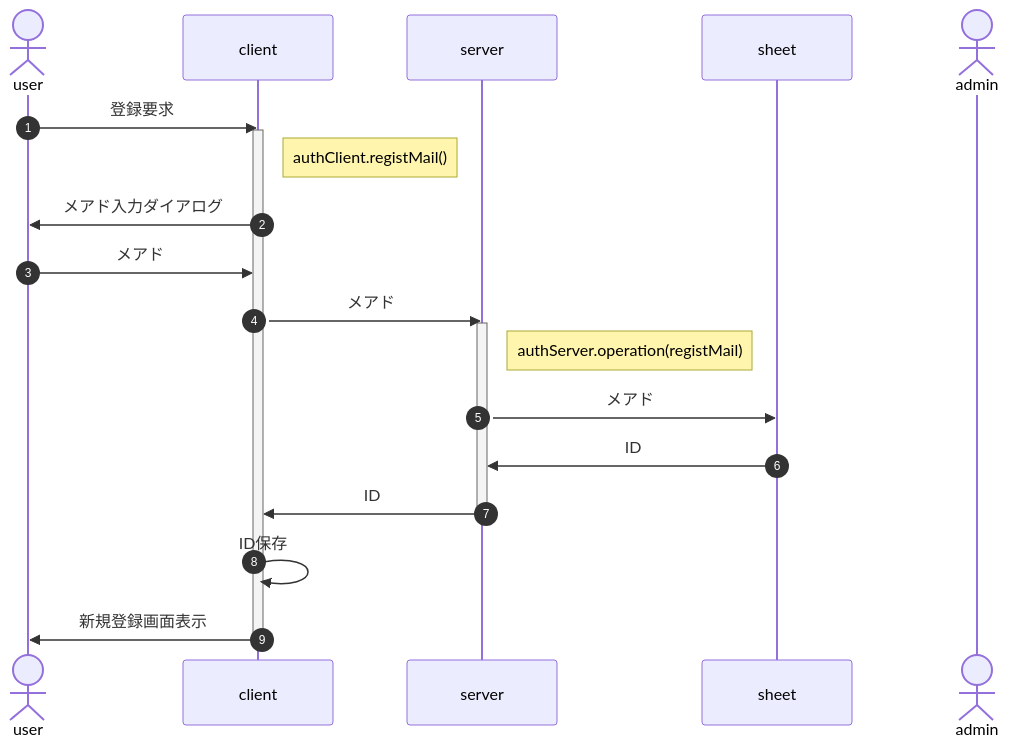
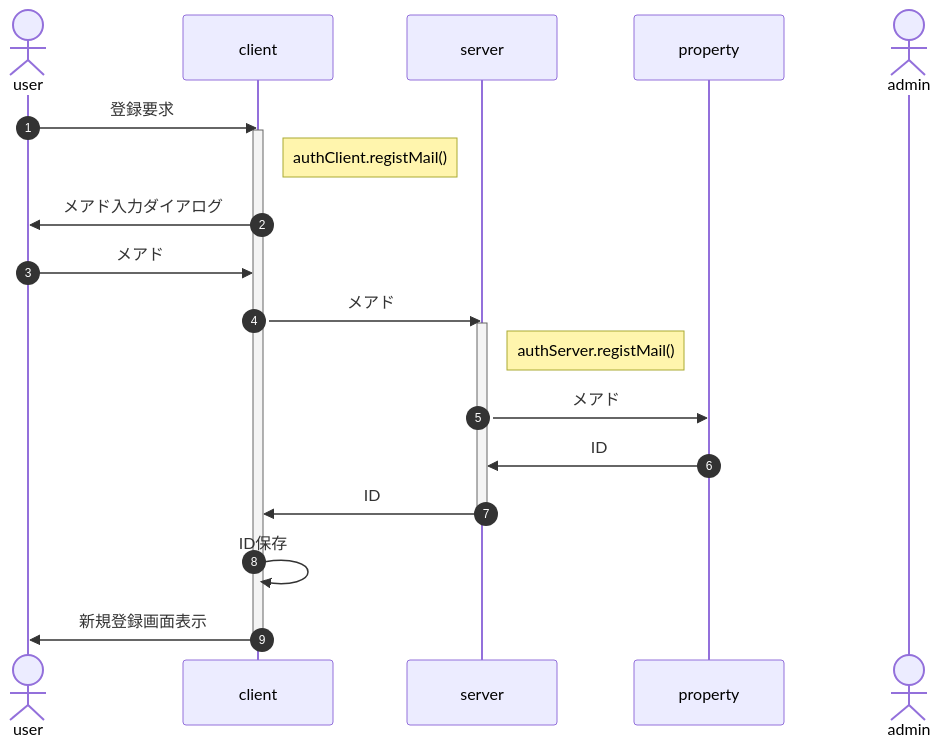
One commit to nakaone/library changed the diagram in Auth/2.0.0/doc/entry.md. Above: the diagram before and after it, drawn with Mermaid. The commit also changed 6 other files, not shown here.

````diff
--- a/Auth/2.0.0/doc/entry.md
+++ b/Auth/2.0.0/doc/entry.md
@@ -5,25 +5,25 @@
 ```mermaid
 sequenceDiagram
   autonumber
   actor user
   participant client
   participant server
-  participant sheet
+  participant property
   actor admin
 
   user ->> client : 登録要求
   activate client
   Note right of client : authClient.registMail()
   client ->> user : メアド入力ダイアログ
   user ->> client : メアド
   client ->> server : メアド
   activate server
-  Note right of server : authServer.operation(registMail)
-  server ->> sheet : メアド
-  sheet ->> server : ID
+  Note right of server : authServer.registMail()
+  server ->> property : メアド
+  property ->> server : ID
   server ->> client : ID
   deactivate server
   client ->> client : ID保存
   client ->> user : 新規登録画面表示
   deactivate client
 ```
````
